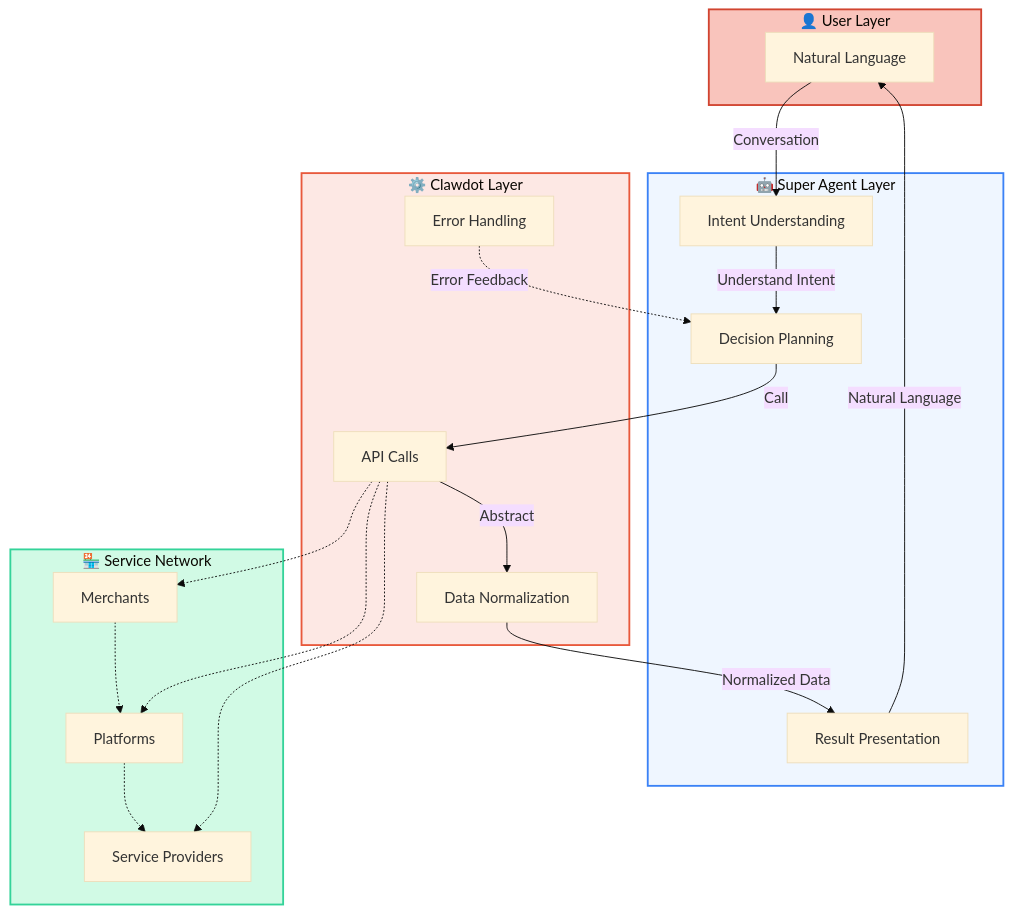
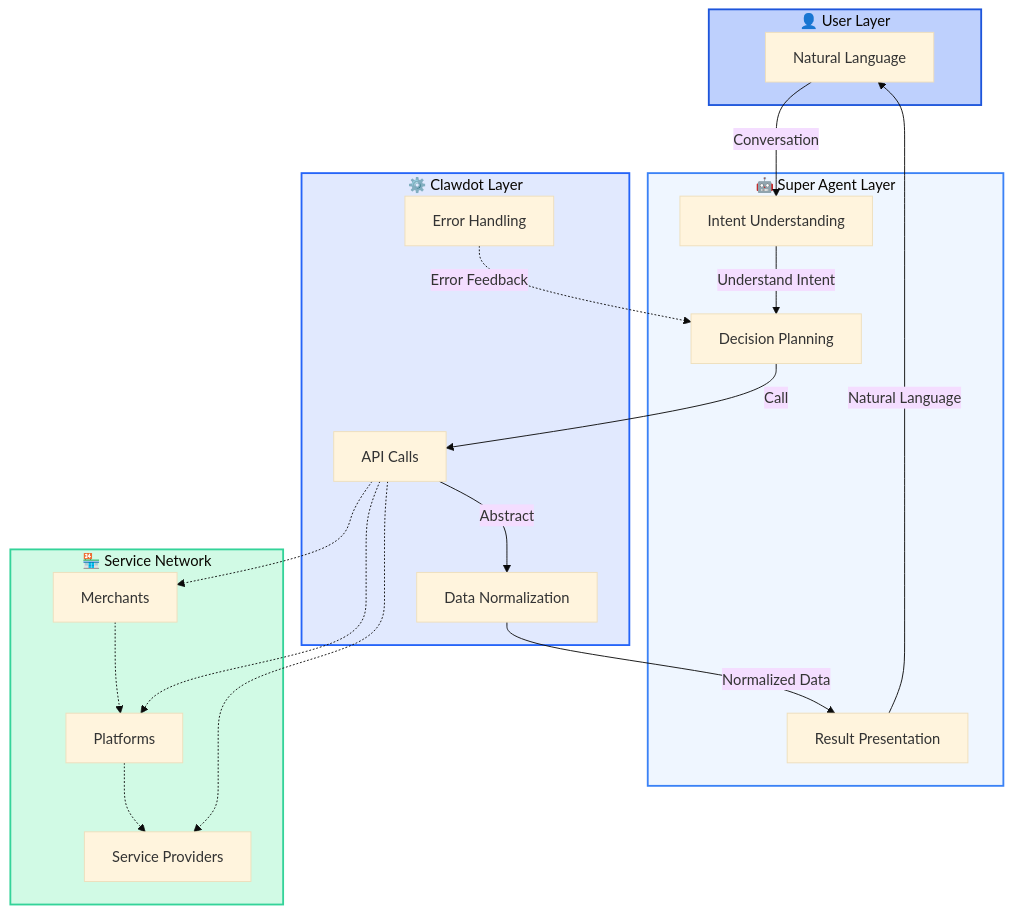
One commit to clawdot/docs changed the second of 2 diagrams in en/super-agent/how-it-works.mdx. Above: the diagram before and after it, drawn with Mermaid (base theme). The commit also changed other lines of this file and 43 other files, not shown here.

````diff
--- a/en/super-agent/how-it-works.mdx
+++ b/en/super-agent/how-it-works.mdx
@@ -63,43 +63,43 @@
 ```mermaid
 graph TB
   subgraph User["👤 User Layer"]
     A["Natural Language"]
   end
 
   subgraph Agent["🤖 Super Agent Layer"]
     B["Intent Understanding"]
     C["Decision Planning"]
     D["Result Presentation"]
   end
 
   subgraph Gateway["⚙️ Clawdot Layer"]
     E["API Calls"]
     F["Data Normalization"]
     G["Error Handling"]
   end
 
   subgraph Services["🏪 Service Network"]
     H["Merchants"]
     I["Platforms"]
     J["Service Providers"]
   end
 
   A -->|Conversation| B
   B -->|Understand Intent| C
   C -->|Call| E
   E -->|Abstract| F
   F -->|Normalized Data| D
   D -->|Natural Language| A
 
   G -.->|Error Feedback| C
   H -.-> I
   I -.-> J
   E -.-> H
   E -.-> I
   E -.-> J
 
   style Agent fill:#EFF6FF,stroke:#3B82F6,stroke-width:2px
-  style Gateway fill:#fde8e4,stroke:#E8593C,stroke-width:2px
+  style Gateway fill:#E1E9FE,stroke:#2564F8,stroke-width:2px
   style Services fill:#D1FAE5,stroke:#34D399,stroke-width:2px
-  style User fill:#f9c4bc,stroke:#D14430,stroke-width:2px
+  style User fill:#BED0FD,stroke:#1D55DB,stroke-width:2px
 ```
````
